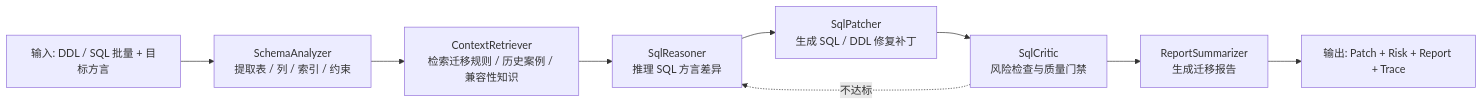
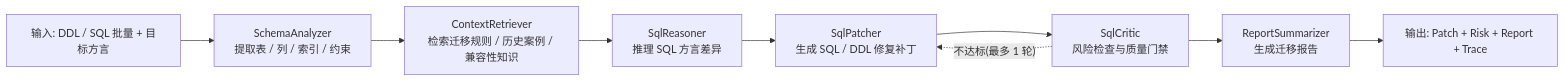
The diagram in docs/architecture/01-agent-pipeline.md (anothersunset/zhixianyunshu), drawn with Mermaid before and after one commit. The commit also changed other lines of this file and 4 other files, not shown here.

````diff
--- a/docs/architecture/01-agent-pipeline.md
+++ b/docs/architecture/01-agent-pipeline.md
@@ -7,11 +7,11 @@
 ```mermaid
 flowchart LR
   IN["输入: DDL / SQL 批量 + 目标方言"] --> SA
   SA["SchemaAnalyzer<br/>提取表 / 列 / 索引 / 约束"] --> CR
   CR["ContextRetriever<br/>检索迁移规则 / 历史案例 / 兼容性知识"] --> SR
   SR["SqlReasoner<br/>推理 SQL 方言差异"] --> SP
   SP["SqlPatcher<br/>生成 SQL / DDL 修复补丁"] --> SC
   SC["SqlCritic<br/>风险检查与质量门禁"] --> RS
   RS["ReportSummarizer<br/>生成迁移报告"] --> OUT["输出: Patch + Risk + Report + Trace"]
-  SC -."不达标".-> SR
+  SC -."不达标(最多 1 轮)".-> SP
 ```
````
